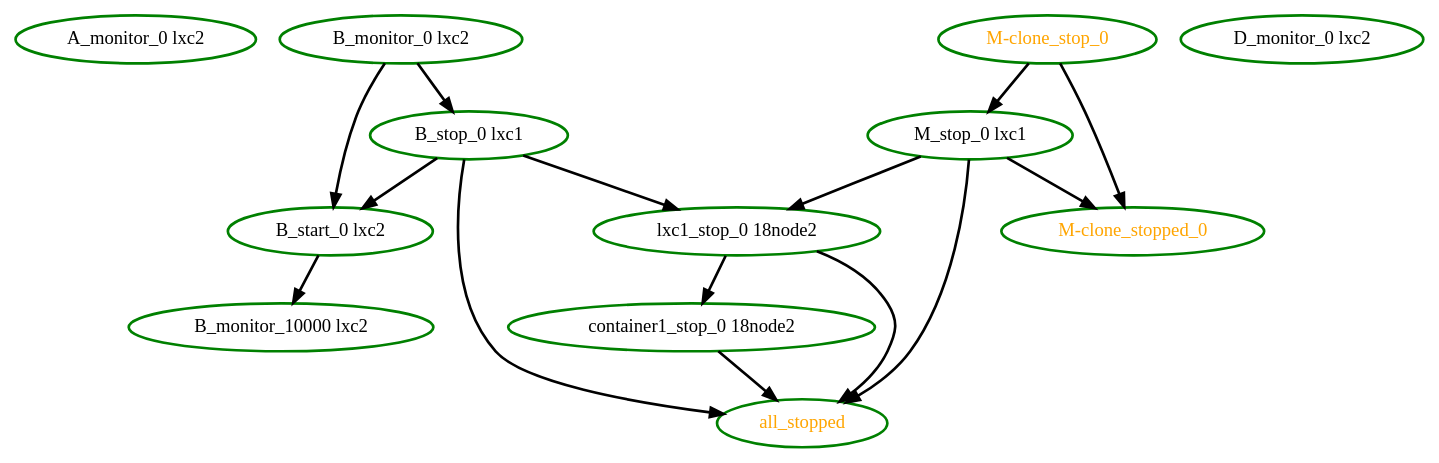
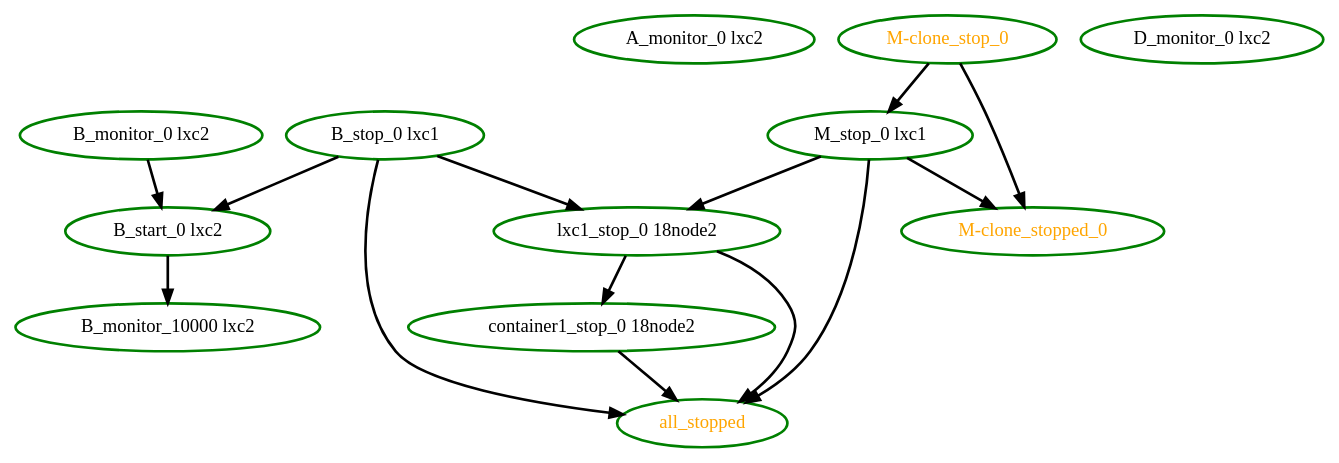
The diagram in pengine/test10/whitebox-stop.dot (ClusterLabs/pacemaker), drawn with Graphviz before and after one commit. The commit also changed 237 other files, not shown here.

```diff
--- a/pengine/test10/whitebox-stop.dot
+++ b/pengine/test10/whitebox-stop.dot
@@ -1,28 +1,27 @@
 digraph "g" {
 "A_monitor_0 lxc2" [ style=bold color="green" fontcolor="black"]
 "B_monitor_0 lxc2" -> "B_start_0 lxc2" [ style = bold]
-"B_monitor_0 lxc2" -> "B_stop_0 lxc1" [ style = bold]
 "B_monitor_0 lxc2" [ style=bold color="green" fontcolor="black"]
 "B_monitor_10000 lxc2" [ style=bold color="green" fontcolor="black"]
 "B_start_0 lxc2" -> "B_monitor_10000 lxc2" [ style = bold]
 "B_start_0 lxc2" [ style=bold color="green" fontcolor="black"]
 "B_stop_0 lxc1" -> "B_start_0 lxc2" [ style = bold]
 "B_stop_0 lxc1" -> "all_stopped" [ style = bold]
 "B_stop_0 lxc1" -> "lxc1_stop_0 18node2" [ style = bold]
 "B_stop_0 lxc1" [ style=bold color="green" fontcolor="black"]
 "D_monitor_0 lxc2" [ style=bold color="green" fontcolor="black"]
 "M-clone_stop_0" -> "M-clone_stopped_0" [ style = bold]
 "M-clone_stop_0" -> "M_stop_0 lxc1" [ style = bold]
 "M-clone_stop_0" [ style=bold color="green" fontcolor="orange"]
 "M-clone_stopped_0" [ style=bold color="green" fontcolor="orange"]
 "M_stop_0 lxc1" -> "M-clone_stopped_0" [ style = bold]
 "M_stop_0 lxc1" -> "all_stopped" [ style = bold]
 "M_stop_0 lxc1" -> "lxc1_stop_0 18node2" [ style = bold]
 "M_stop_0 lxc1" [ style=bold color="green" fontcolor="black"]
 "all_stopped" [ style=bold color="green" fontcolor="orange"]
 "container1_stop_0 18node2" -> "all_stopped" [ style = bold]
 "container1_stop_0 18node2" [ style=bold color="green" fontcolor="black"]
 "lxc1_stop_0 18node2" -> "all_stopped" [ style = bold]
 "lxc1_stop_0 18node2" -> "container1_stop_0 18node2" [ style = bold]
 "lxc1_stop_0 18node2" [ style=bold color="green" fontcolor="black"]
 }
```
